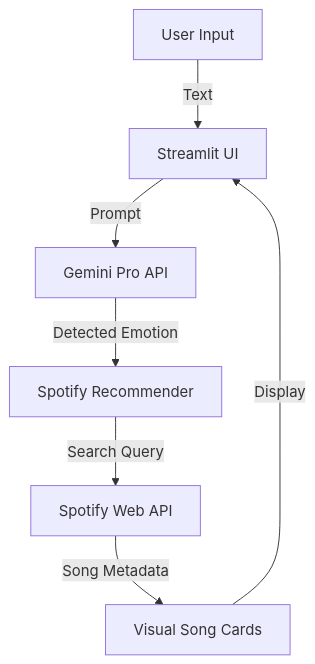
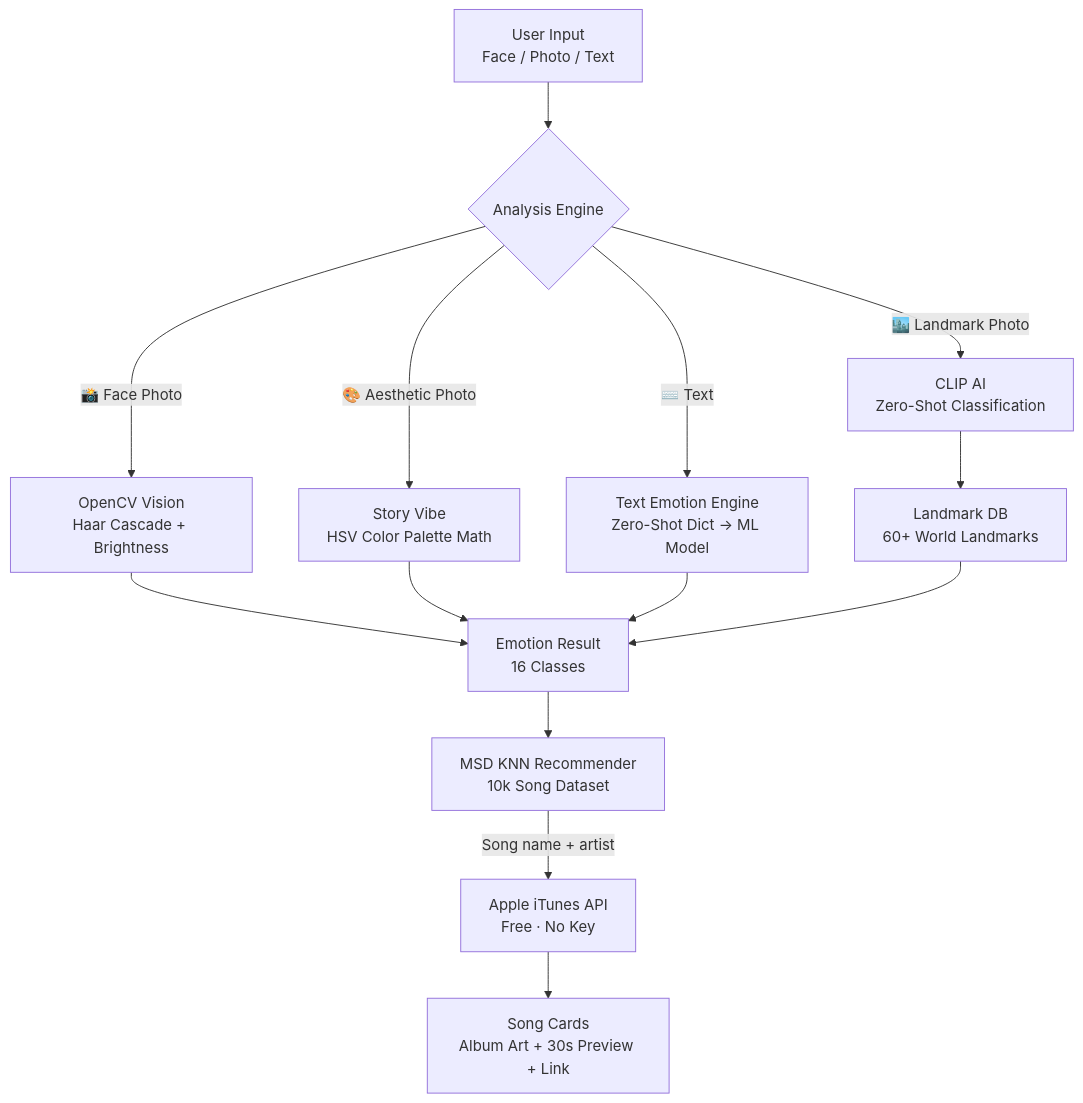
Before and after one commit to Blessonsharon/SoulStream: the diagram in README.md, drawn with Mermaid. The commit also changed other lines of this file and 1 other file, not shown here.

Commit message:
docs: update README and Project_Explanation for offline-first architecture

````diff
--- a/README.md
+++ b/README.md
@@ -46,9 +88,19 @@
 ```mermaid
 graph TD
-    A[User Input] -->|Text| B[Streamlit UI]
-    B -->|Prompt| C[Gemini Pro API]
-    C -->|Detected Emotion| D[Spotify Recommender]
-    D -->|Search Query| E[Spotify Web API]
-    E -->|Song Metadata| F[Visual Song Cards]
-    F -->|Display| B
+    A[User Input\nFace / Photo / Text] --> B{Analysis Engine}
+
+    B -->|📸 Face Photo| C[OpenCV Vision\nHaar Cascade + Brightness]
+    B -->|🎨 Aesthetic Photo| D[Story Vibe\nHSV Color Palette Math]
+    B -->|🏙️ Landmark Photo| E[CLIP AI\nZero-Shot Classification]
+    B -->|⌨️ Text| F[Text Emotion Engine\nZero-Shot Dict → ML Model]
+
+    C --> G[Emotion Result\n16 Classes]
+    D --> G
+    E --> H[Landmark DB\n60+ World Landmarks]
+    F --> G
+    H --> G
+
+    G --> I[MSD KNN Recommender\n10k Song Dataset]
+    I -->|Song name + artist| J[Apple iTunes API\nFree · No Key]
+    J --> K[Song Cards\nAlbum Art + 30s Preview + Link]
 ```
````
